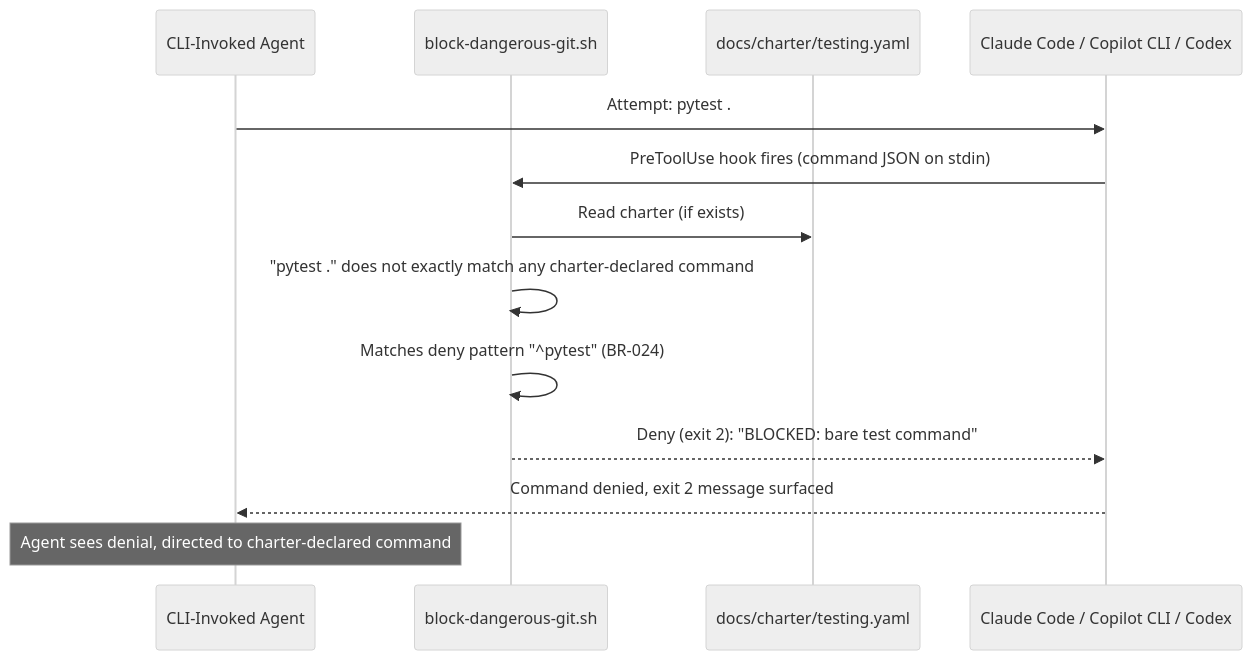
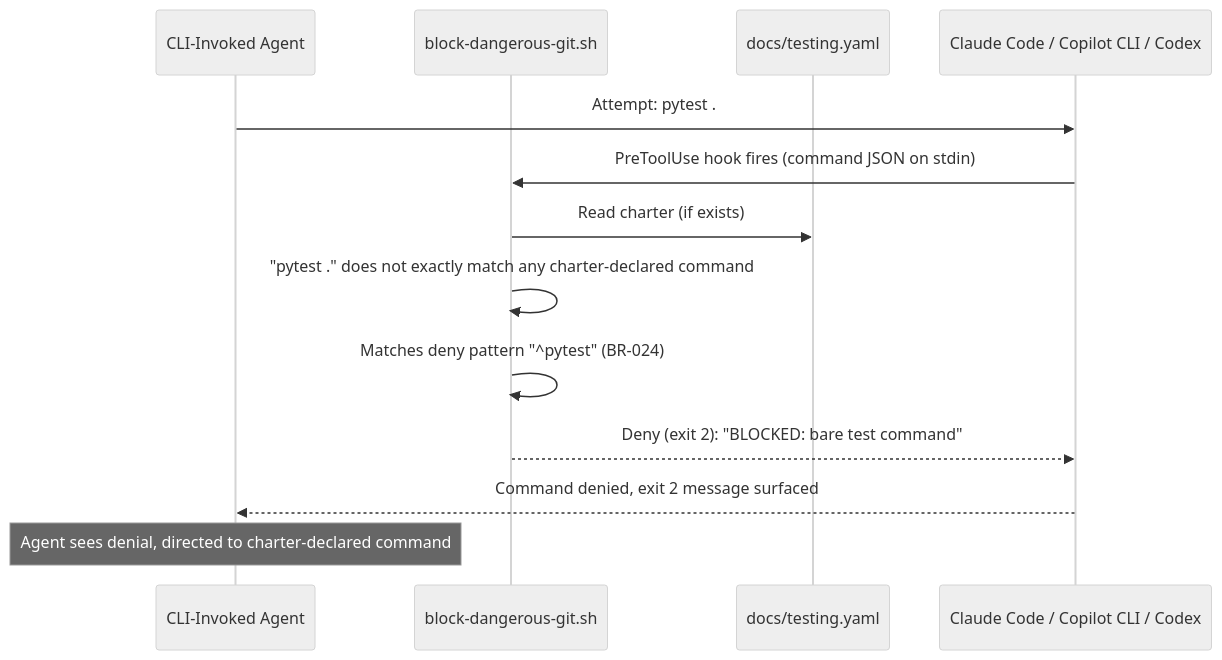
Before and after one commit to matthiasdaues/agent_factory: the fifth of 12 diagrams in docs/arc42/06_runtime_view.md, drawn with Mermaid (neutral theme). The commit also changed other lines of this file and 24 other files, not shown here.

First line of the commit message:
Docs: add cycle-based orchestration architecture

````diff
--- a/docs/arc42/06_runtime_view.md
+++ b/docs/arc42/06_runtime_view.md
@@ -66,16 +118,16 @@
 ```mermaid
 sequenceDiagram
     participant A as CLI-Invoked Agent
     participant BDG as block-dangerous-git.sh
-    participant C as docs/charter/testing.yaml
+    participant C as docs/testing.yaml
     participant CLI as Claude Code / Copilot CLI / Codex
 
     A->>CLI: Attempt: pytest .
     CLI->>BDG: PreToolUse hook fires (command JSON on stdin)
     BDG->>C: Read charter (if exists)
     BDG->>BDG: "pytest ." does not exactly match any charter-declared command
     BDG->>BDG: Matches deny pattern "^pytest" (BR-024)
     BDG-->>CLI: Deny (exit 2): "BLOCKED: bare test command"
     CLI-->>A: Command denied, exit 2 message surfaced
     Note over A: Agent sees denial, directed to charter-declared command
 ```
````
